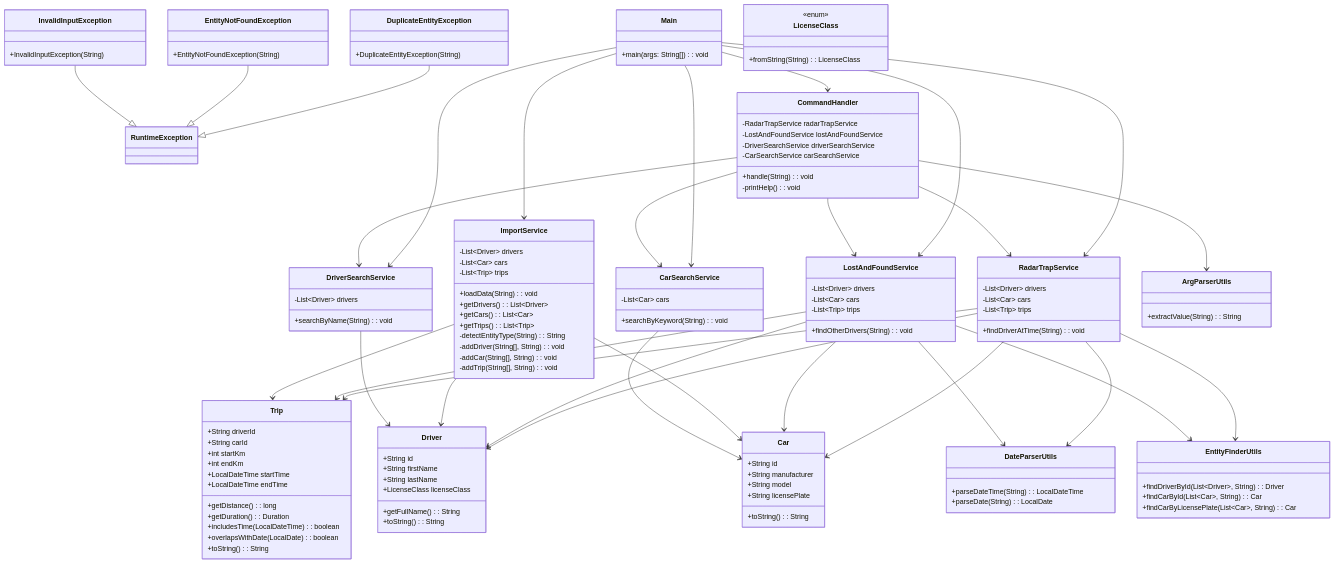
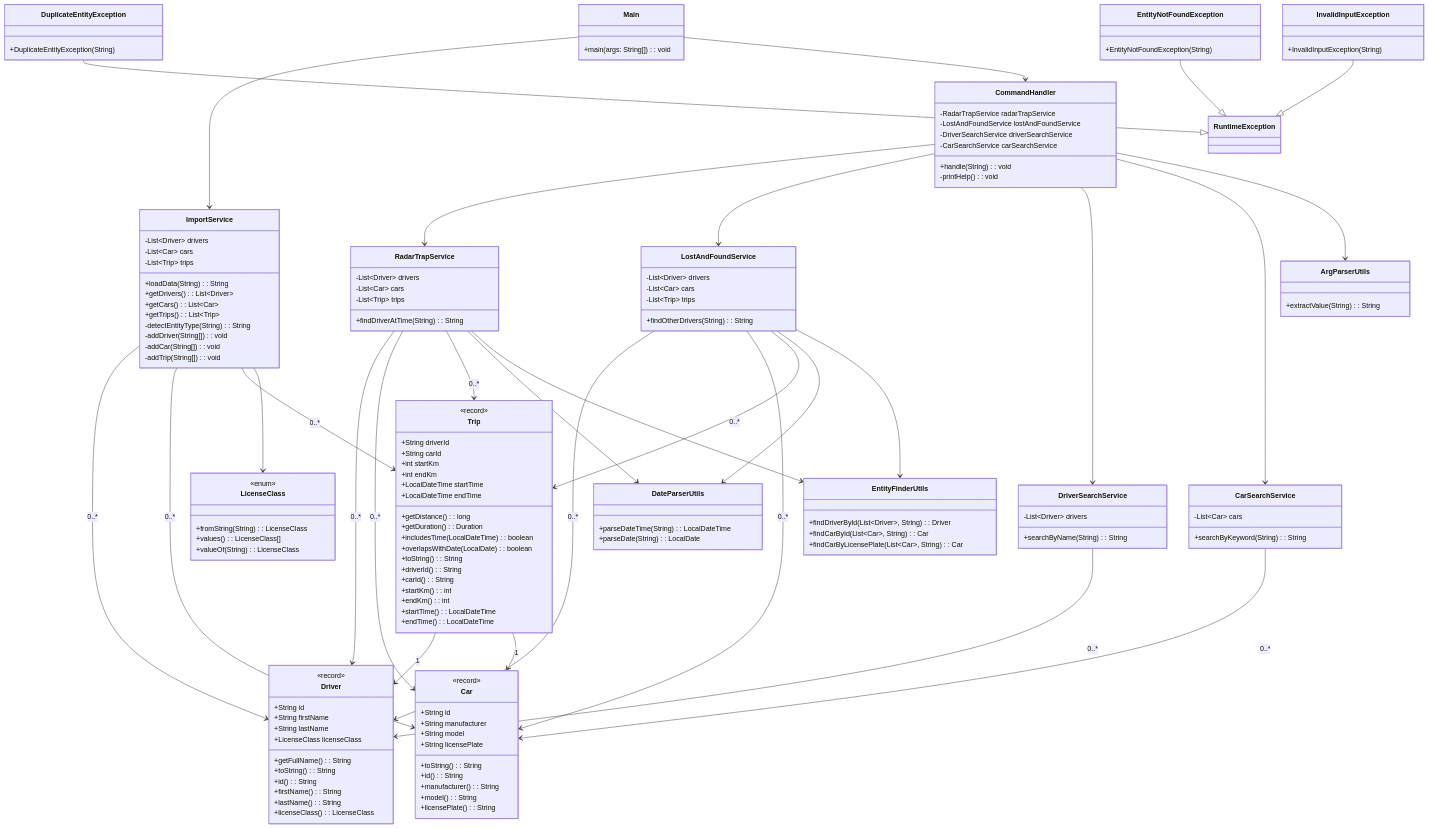
The diagram in README.md (S1onyx/dienstwagen-datenbank-java), drawn with Mermaid before and after one commit.

Commit message:
Add mermaid to readme

````diff
--- a/README.md
+++ b/README.md
@@ -90,6 +90,8 @@
 class Main {
   +main(args: String[]): void
 }
+Main --> ImportService
+Main --> CommandHandler
 
 %% === Exceptions ===
 class DuplicateEntityException {
@@ -109,23 +111,34 @@
 
 %% === Models ===
 class Driver {
+  <<record>>
   +String id
   +String firstName
   +String lastName
   +LicenseClass licenseClass
   +getFullName(): String
   +toString(): String
+  +id(): String
+  +firstName(): String
+  +lastName(): String
+  +licenseClass(): LicenseClass
 }
 
 class Car {
+  <<record>>
   +String id
   +String manufacturer
   +String model
   +String licensePlate
   +toString(): String
+  +id(): String
+  +manufacturer(): String
+  +model(): String
+  +licensePlate(): String
 }
 
 class Trip {
+  <<record>>
   +String driverId
   +String carId
   +int startKm
@@ -137,11 +150,22 @@
   +includesTime(LocalDateTime): boolean
   +overlapsWithDate(LocalDate): boolean
   +toString(): String
+  +driverId(): String
+  +carId(): String
+  +startKm(): int
+  +endKm(): int
+  +startTime(): LocalDateTime
+  +endTime(): LocalDateTime
 }
+
+Trip --> Driver : 1
+Trip --> Car : 1
 
 class LicenseClass {
   <<enum>>
   +fromString(String): LicenseClass
+  +values(): LicenseClass[]
+  +valueOf(String): LicenseClass
 }
 
 %% === Services ===
@@ -149,15 +173,19 @@
   -List~Driver~ drivers
   -List~Car~ cars
   -List~Trip~ trips
-  +loadData(String): void
+  +loadData(String): String
   +getDrivers(): List~Driver~
   +getCars(): List~Car~
   +getTrips(): List~Trip~
   -detectEntityType(String): String
-  -addDriver(String[], String): void
-  -addCar(String[], String): void
-  -addTrip(String[], String): void
+  -addDriver(String[]): void
+  -addCar(String[]): void
+  -addTrip(String[]): void
 }
+ImportService --> Driver : 0..*
+ImportService --> Car : 0..*
+ImportService --> Trip : 0..*
+ImportService --> LicenseClass
 
 class CommandHandler {
   -RadarTrapService radarTrapService
@@ -167,30 +195,47 @@
   +handle(String): void
   -printHelp(): void
 }
+CommandHandler --> RadarTrapService
+CommandHandler --> LostAndFoundService
+CommandHandler --> DriverSearchService
+CommandHandler --> CarSearchService
+CommandHandler --> ArgParserUtils
 
 class RadarTrapService {
   -List~Driver~ drivers
   -List~Car~ cars
   -List~Trip~ trips
-  +findDriverAtTime(String): void
+  +findDriverAtTime(String): String
 }
+RadarTrapService --> Driver : 0..*
+RadarTrapService --> Car : 0..*
+RadarTrapService --> Trip : 0..*
+RadarTrapService --> DateParserUtils
+RadarTrapService --> EntityFinderUtils
 
 class LostAndFoundService {
   -List~Driver~ drivers
   -List~Car~ cars
   -List~Trip~ trips
-  +findOtherDrivers(String): void
+  +findOtherDrivers(String): String
 }
+LostAndFoundService --> Driver : 0..*
+LostAndFoundService --> Car : 0..*
+LostAndFoundService --> Trip : 0..*
+LostAndFoundService --> DateParserUtils
+LostAndFoundService --> EntityFinderUtils
 
 class DriverSearchService {
   -List~Driver~ drivers
-  +searchByName(String): void
+  +searchByName(String): String
 }
+DriverSearchService --> Driver : 0..*
 
 class CarSearchService {
   -List~Car~ cars
-  +searchByKeyword(String): void
+  +searchByKeyword(String): String
 }
+CarSearchService --> Car : 0..*
 
 %% === Utils ===
 class ArgParserUtils {
@@ -205,37 +250,4 @@
   +findCarById(List~Car~, String): Car
   +findCarByLicensePlate(List~Car~, String): Car
 }
-
-%% === Beziehungen ===
-Main --> ImportService
-Main --> RadarTrapService
-Main --> LostAndFoundService
-Main --> DriverSearchService
-Main --> CarSearchService
-Main --> CommandHandler
-
-CommandHandler --> RadarTrapService
-CommandHandler --> LostAndFoundService
-CommandHandler --> DriverSearchService
-CommandHandler --> CarSearchService
-CommandHandler --> ArgParserUtils
-
-RadarTrapService --> Driver
-RadarTrapService --> Car
-RadarTrapService --> Trip
-RadarTrapService --> DateParserUtils
-RadarTrapService --> EntityFinderUtils
-
-LostAndFoundService --> Driver
-LostAndFoundService --> Car
-LostAndFoundService --> Trip
-LostAndFoundService --> DateParserUtils
-LostAndFoundService --> EntityFinderUtils
-
-ImportService --> Driver
-ImportService --> Car
-ImportService --> Trip
-
-DriverSearchService --> Driver
-CarSearchService --> Car
 ```
````
